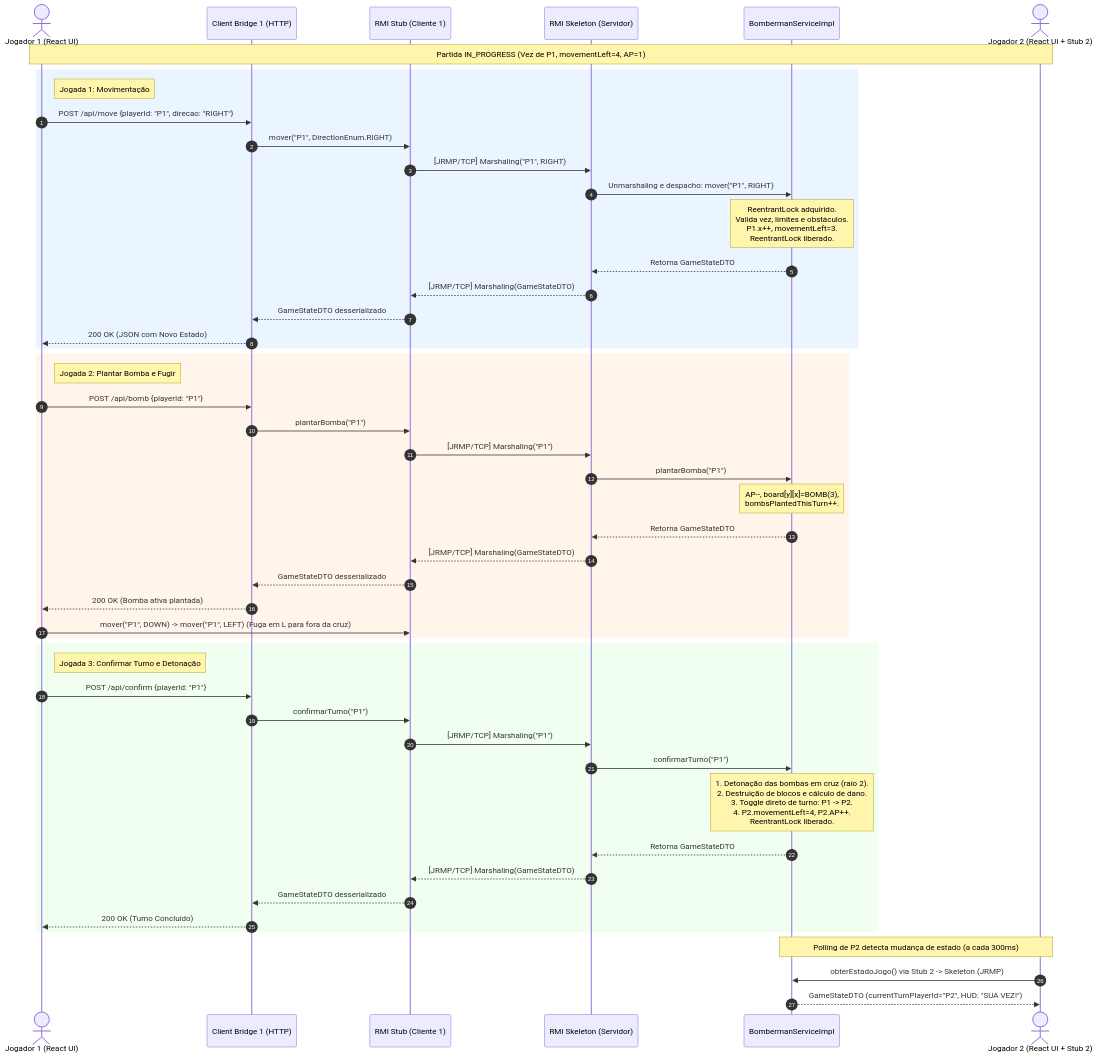
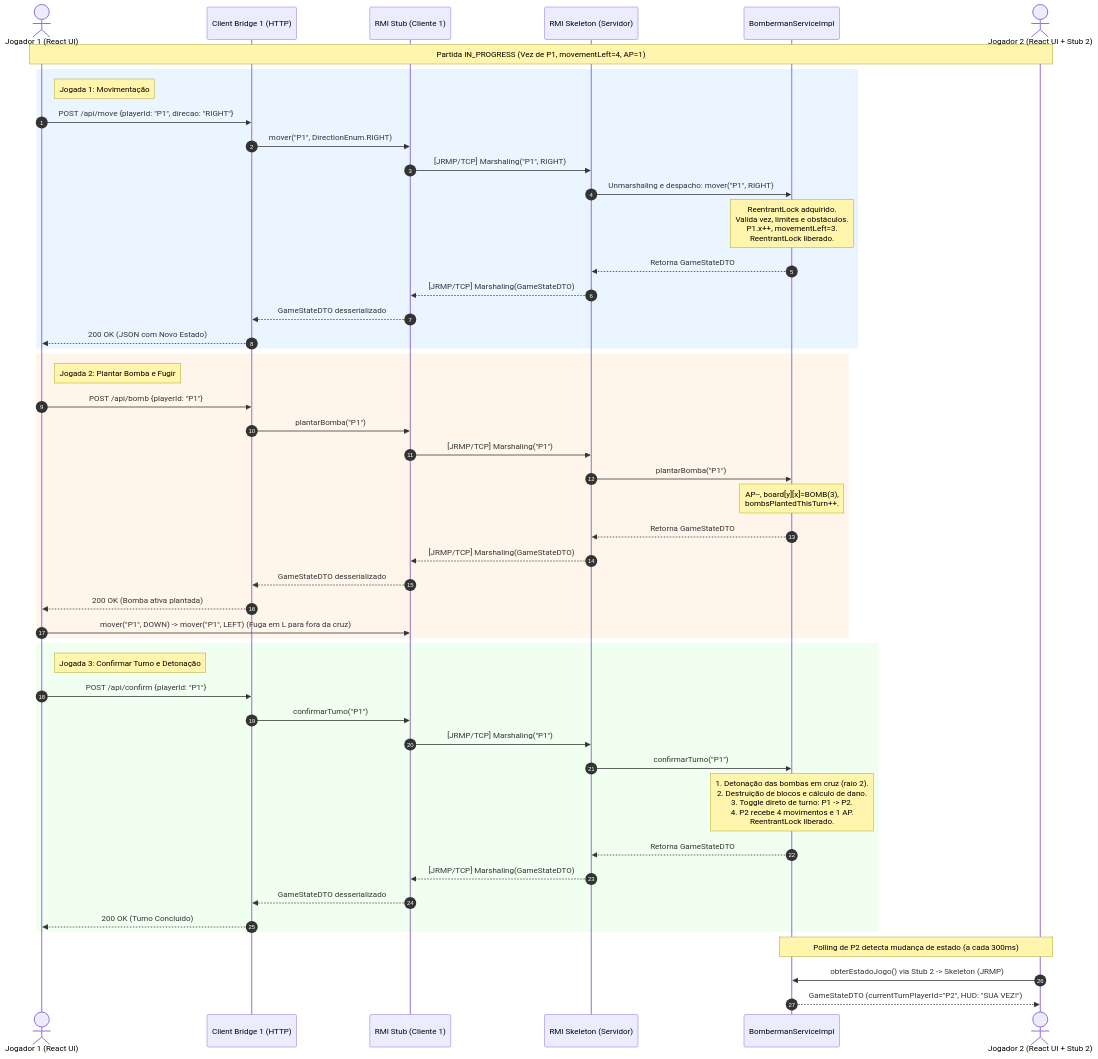
Before and after one commit to emn-f/bomberman-sd: the second of 3 diagrams in docs/RELATORIO_TECNICO.md, drawn with Mermaid. The commit also changed other lines of this file and 10 other files, not shown here.

````diff
--- a/docs/RELATORIO_TECNICO.md
+++ b/docs/RELATORIO_TECNICO.md
@@ -84,56 +84,56 @@
 ```mermaid
 sequenceDiagram
     autonumber
     actor P1 as Jogador 1 (React UI)
     participant B1 as Client Bridge 1 (HTTP)
     participant Stub1 as RMI Stub (Cliente 1)
     participant Skel as RMI Skeleton (Servidor)
     participant Impl as BombermanServiceImpl
     actor P2 as Jogador 2 (React UI + Stub 2)
 
     Note over P1, P2: Partida IN_PROGRESS (Vez de P1, movementLeft=4, AP=1)
 
     rect rgb(235, 245, 255)
         Note right of P1: Jogada 1: Movimentação
         P1->>B1: POST /api/move {playerId: "P1", direcao: "RIGHT"}
         B1->>Stub1: mover("P1", DirectionEnum.RIGHT)
         Stub1->>Skel: [JRMP/TCP] Marshaling("P1", RIGHT)
         Skel->>Impl: Unmarshaling e despacho: mover("P1", RIGHT)
         Note over Impl: ReentrantLock adquirido.<br/>Valida vez, limites e obstáculos.<br/>P1.x++, movementLeft=3.<br/>ReentrantLock liberado.
         Impl-->>Skel: Retorna GameStateDTO
         Skel-->>Stub1: [JRMP/TCP] Marshaling(GameStateDTO)
         Stub1-->>B1: GameStateDTO desserializado
         B1-->>P1: 200 OK (JSON com Novo Estado)
     end
 
     rect rgb(255, 245, 235)
         Note right of P1: Jogada 2: Plantar Bomba e Fugir
         P1->>B1: POST /api/bomb {playerId: "P1"}
         B1->>Stub1: plantarBomba("P1")
         Stub1->>Skel: [JRMP/TCP] Marshaling("P1")
         Skel->>Impl: plantarBomba("P1")
         Note over Impl: AP--, board[y][x]=BOMB(3),<br/>bombsPlantedThisTurn++.
         Impl-->>Skel: Retorna GameStateDTO
         Skel-->>Stub1: [JRMP/TCP] Marshaling(GameStateDTO)
         Stub1-->>B1: GameStateDTO desserializado
         B1-->>P1: 200 OK (Bomba ativa plantada)
         P1->>Stub1: mover("P1", DOWN) -> mover("P1", LEFT) (Fuga em L para fora da cruz)
     end
 
     rect rgb(240, 255, 240)
         Note right of P1: Jogada 3: Confirmar Turno e Detonação
         P1->>B1: POST /api/confirm {playerId: "P1"}
         B1->>Stub1: confirmarTurno("P1")
         Stub1->>Skel: [JRMP/TCP] Marshaling("P1")
         Skel->>Impl: confirmarTurno("P1")
-        Note over Impl: 1. Detonação das bombas em cruz (raio 2).<br/>2. Destruição de blocos e cálculo de dano.<br/>3. Toggle direto de turno: P1 -> P2.<br/>4. P2.movementLeft=4, P2.AP++.<br/>ReentrantLock liberado.
+        Note over Impl: 1. Detonação das bombas em cruz (raio 2).<br/>2. Destruição de blocos e cálculo de dano.<br/>3. Toggle direto de turno: P1 -> P2.<br/>4. P2 recebe 4 movimentos e 1 AP.<br/>ReentrantLock liberado.
         Impl-->>Skel: Retorna GameStateDTO
         Skel-->>Stub1: [JRMP/TCP] Marshaling(GameStateDTO)
         Stub1-->>B1: GameStateDTO desserializado
         B1-->>P1: 200 OK (Turno Concluído)
     end
 
     Note over P2, Impl: Polling de P2 detecta mudança de estado (a cada 300ms)
     P2->>Impl: obterEstadoJogo() via Stub 2 -> Skeleton (JRMP)
     Impl-->>P2: GameStateDTO (currentTurnPlayerId="P2", HUD: "SUA VEZ!")
 ```
````
